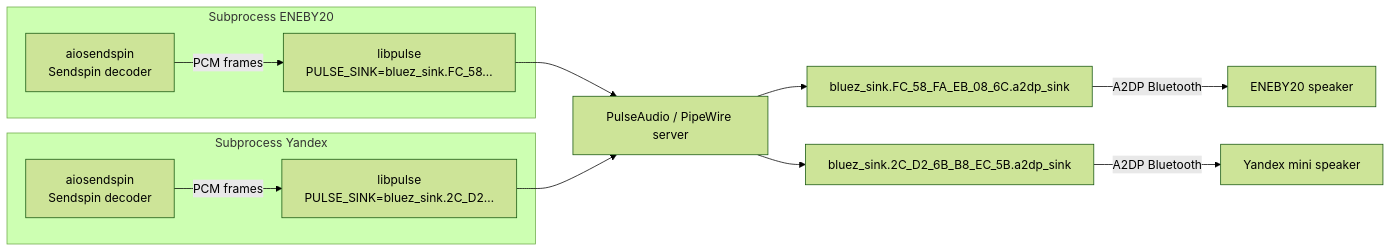
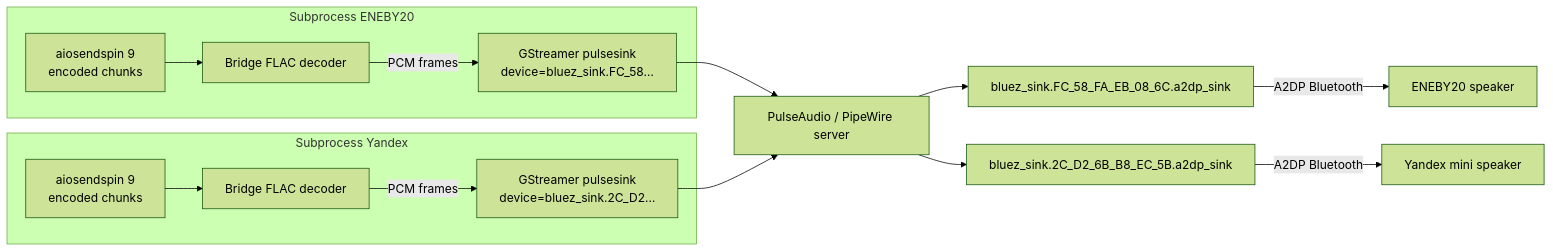
Before and after one commit to trudenboy/sendspin-bt-bridge: the fourth of 28 diagrams in docs-site/src/content/docs/ru/architecture.md, drawn with Mermaid (forest theme). The commit also changed other lines of this file and 78 other files, not shown here.

First line of the commit message:
feat: migrate bridge to GStreamer and aiosendspin 9 (#457)

````diff
--- a/docs-site/src/content/docs/ru/architecture.md
+++ b/docs-site/src/content/docs/ru/architecture.md
@@ -239,18 +240,18 @@
 ```mermaid
 graph LR
     subgraph "Subprocess ENEBY20"
-        A1[aiosendspin<br/>Sendspin decoder] -->|PCM frames| PA1[libpulse<br/>PULSE_SINK=bluez_sink.FC_58…]
+        A1[aiosendspin 9<br/>encoded chunks] --> D1[Bridge FLAC decoder] -->|PCM frames| PA1[GStreamer pulsesink<br/>device=bluez_sink.FC_58…]
     end
     subgraph "Subprocess Yandex"
-        A2[aiosendspin<br/>Sendspin decoder] -->|PCM frames| PA2[libpulse<br/>PULSE_SINK=bluez_sink.2C_D2…]
+        A2[aiosendspin 9<br/>encoded chunks] --> D2[Bridge FLAC decoder] -->|PCM frames| PA2[GStreamer pulsesink<br/>device=bluez_sink.2C_D2…]
     end
 
     PA1 --> PAS[PulseAudio / PipeWire server]
     PA2 --> PAS
 
     PAS --> S1[bluez_sink.FC_58_FA_EB_08_6C.a2dp_sink]
     PAS --> S2[bluez_sink.2C_D2_6B_B8_EC_5B.a2dp_sink]
 
     S1 -->|A2DP Bluetooth| SPK1[ENEBY20 speaker]
     S2 -->|A2DP Bluetooth| SPK2[Yandex mini speaker]
 ```
````
